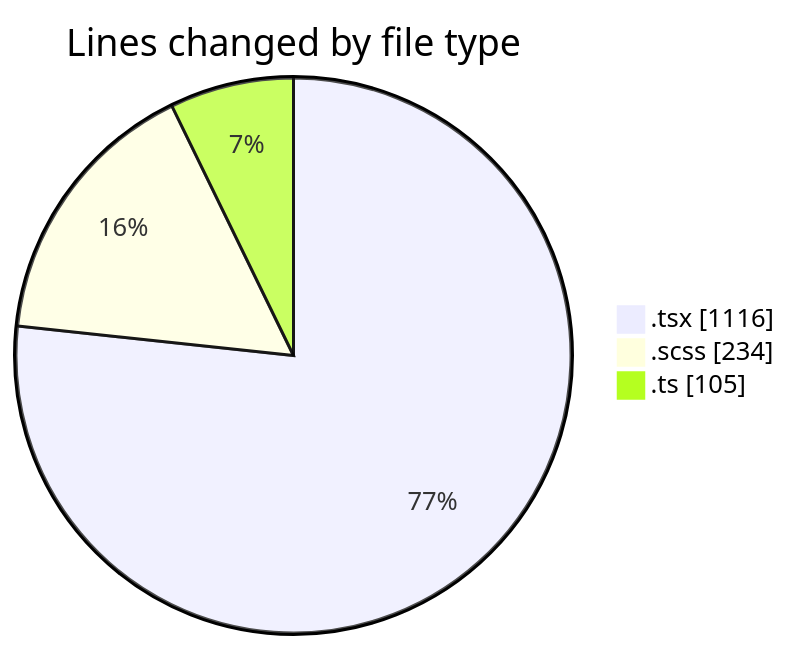
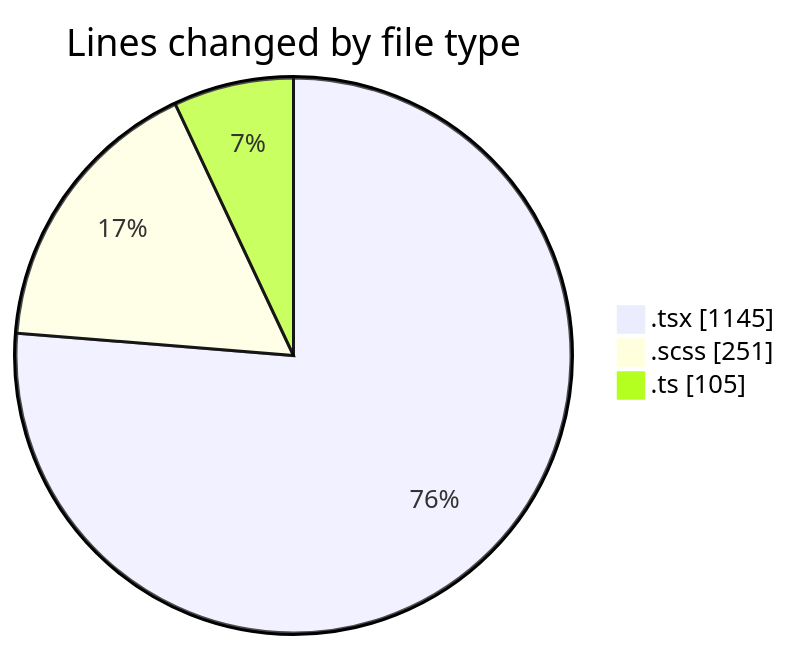
One commit to momahboobian/code-tracking changed the first of 2 diagrams in 2026-11-06/cda/README.md. Above: the diagram before and after it, drawn with Mermaid. The commit also changed other lines of this file and 1 other file, not shown here.

````diff
--- a/2026-11-06/cda/README.md
+++ b/2026-11-06/cda/README.md
@@ -35,7 +35,7 @@
 ```mermaid
 pie showData
 title Lines changed by file type
-".tsx" : 1116
-".scss" : 234
+".tsx" : 1145
+".scss" : 251
 ".ts" : 105
 ```
````
